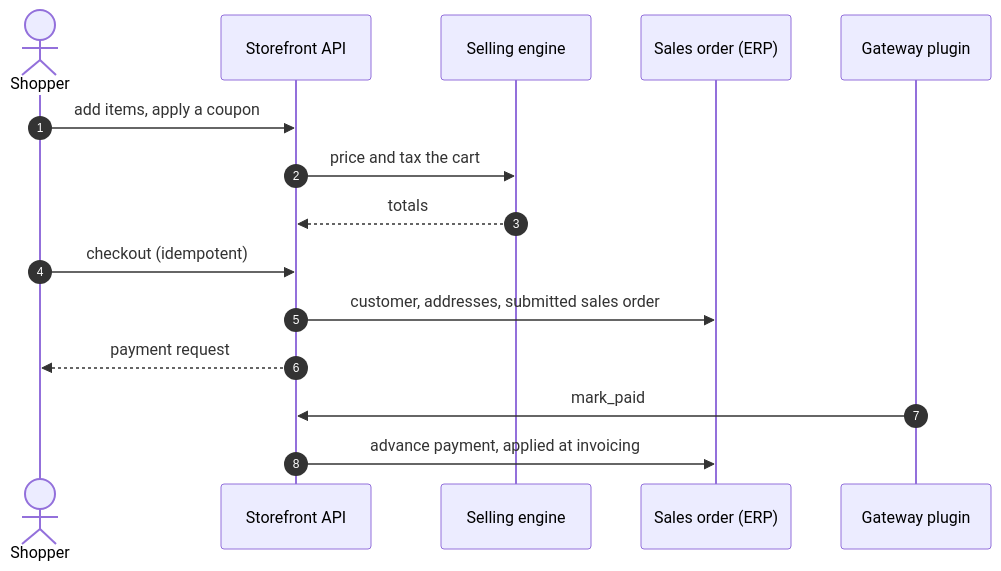
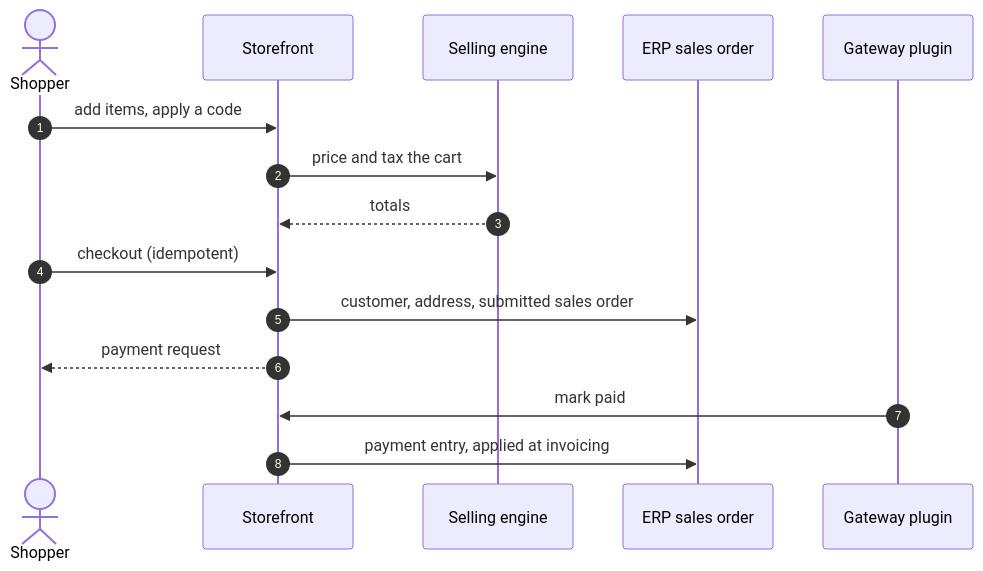
Before and after one commit to CBFerrum/ferrum-app-commerce: the first of 2 diagrams in README.md, drawn with Mermaid. The commit also changed other lines of this file and 24 other files, not shown here.

First line of the commit message:
docs: end-to-end README with screenshots, features, comparison and roadmap

````diff
--- a/README.md
+++ b/README.md
@@ -129,17 +206,17 @@
 ```mermaid
 sequenceDiagram
     autonumber
     actor Shopper
-    participant Store as Storefront API
+    participant Store as Storefront
     participant Engine as Selling engine
-    participant ERP as Sales order (ERP)
+    participant ERP as ERP sales order
     participant Gateway as Gateway plugin
-    Shopper->>Store: add items, apply a coupon
+    Shopper->>Store: add items, apply a code
     Store->>Engine: price and tax the cart
     Engine-->>Store: totals
     Shopper->>Store: checkout (idempotent)
-    Store->>ERP: customer, addresses, submitted sales order
+    Store->>ERP: customer, address, submitted sales order
     Store-->>Shopper: payment request
-    Gateway->>Store: mark_paid
-    Store->>ERP: advance payment, applied at invoicing
+    Gateway->>Store: mark paid
+    Store->>ERP: payment entry, applied at invoicing
 ```
````
